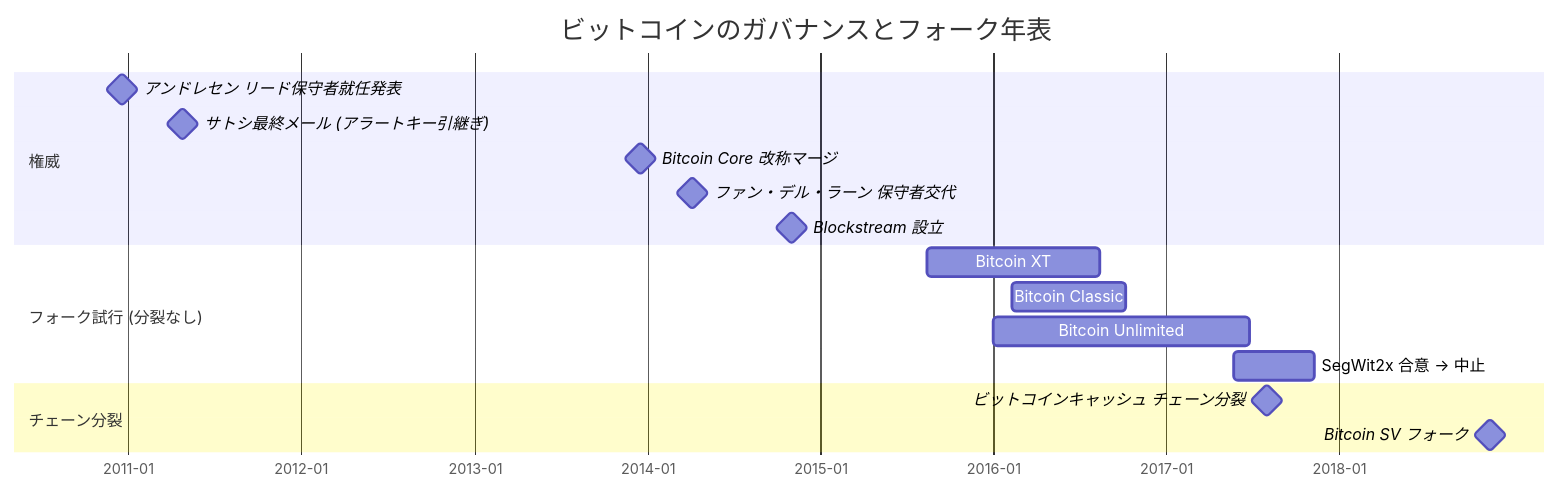
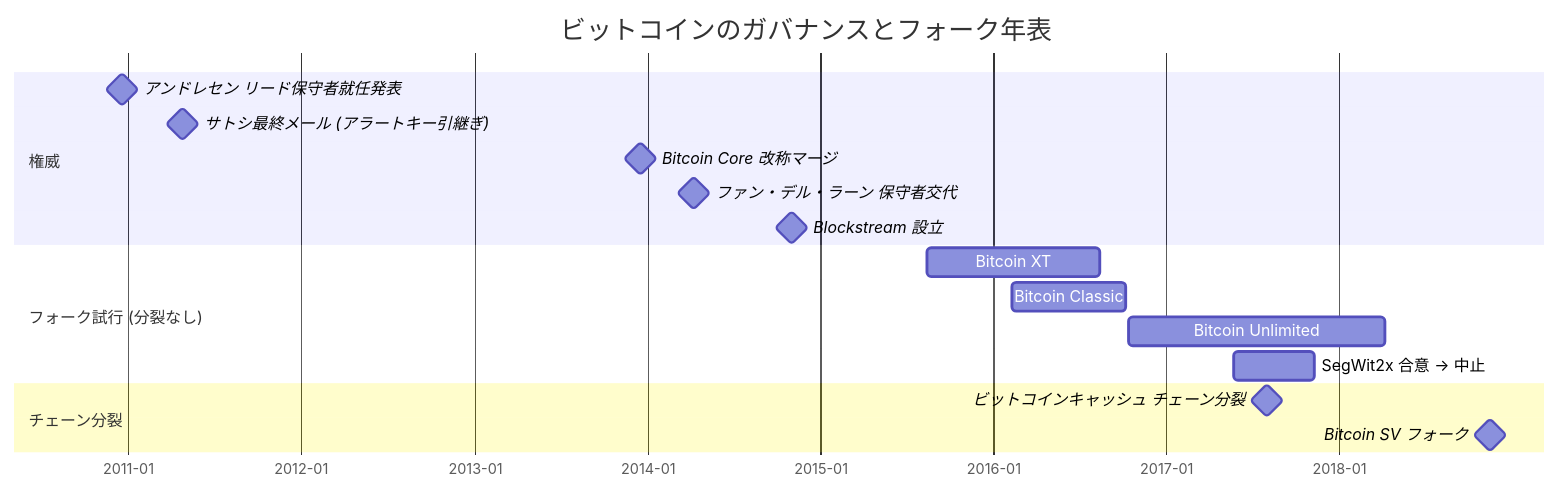
One commit to cypher256/BitcoinArchive changed the diagram in src/data/translations/ja/analysis/2015-08-15-bitcoin-fork-wars-as-not-oss.md. Above: the diagram before and after it, drawn with Mermaid. The commit also changed 66 other files, not shown here.

````diff
--- a/src/data/translations/ja/analysis/2015-08-15-bitcoin-fork-wars-as-not-oss.md
+++ b/src/data/translations/ja/analysis/2015-08-15-bitcoin-fork-wars-as-not-oss.md
@@ -81,32 +81,34 @@
 ```mermaid
 gantt
     title ビットコインのガバナンスとフォーク年表
     dateFormat YYYY-MM-DD
     axisFormat %Y-%m
 
     section 権威
     アンドレセン リード保守者就任発表 :milestone, 2010-12-19, 0d
     %% link: /BitcoinArchive/ja/entries/aftermath/2010-12-19-andresen-lead-maintainer-announcement/
     サトシ最終メール (アラートキー引継ぎ) :milestone, 2011-04-26, 0d
     %% link: /BitcoinArchive/ja/entries/aftermath/2011-04-26-satoshi-to-andresen-alert-key/
     Bitcoin Core 改称マージ :milestone, 2013-12-16, 0d
     %% link: /BitcoinArchive/ja/entries/analysis/2014-03-19-bitcoin-core-rebrand-authority-effects/
-    ファン・デル・ラーン 保守者交代 :milestone, 2014-04-07, 0d
+    ファン・デル・ラーン 保守者交代 :milestone, 2014-04-08, 0d
+    %% link: /BitcoinArchive/ja/participants/wladimir-van-der-laan/
     Blockstream 設立 :milestone, 2014-11-01, 0d
     %% link: /BitcoinArchive/ja/entries/analysis/2014-11-01-blockstream-centralization-claim/
 
     section フォーク試行 (分裂なし)
     Bitcoin XT :2015-08-15, 365d
     %% link: /BitcoinArchive/ja/entries/aftermath/2015-08-15-bitcoin-xt-launch/
     Bitcoin Classic :2016-02-10, 240d
     %% link: /BitcoinArchive/ja/entries/analysis/2015-08-15-block-size-war-2015-2017-overview/
-    Bitcoin Unlimited :2016-01-01, 540d
+    Bitcoin Unlimited :2016-10-13, 540d
+    %% link: /BitcoinArchive/ja/entries/analysis/2008-10-31-bitcoin-fork-and-altcoin-genealogy/
     SegWit2x 合意 → 中止 :2017-05-23, 169d
     %% link: /BitcoinArchive/ja/entries/aftermath/2017-11-08-segwit2x-cancellation/
 
     section チェーン分裂
     ビットコインキャッシュ チェーン分裂 :milestone, 2017-08-01, 0d
     %% link: /BitcoinArchive/ja/entries/aftermath/2017-08-01-bitcoin-cash-fork/
     Bitcoin SV フォーク :milestone, 2018-11-15, 0d
     %% link: /BitcoinArchive/ja/entries/aftermath/2018-11-15-bitcoin-sv-fork/
 ```
````
